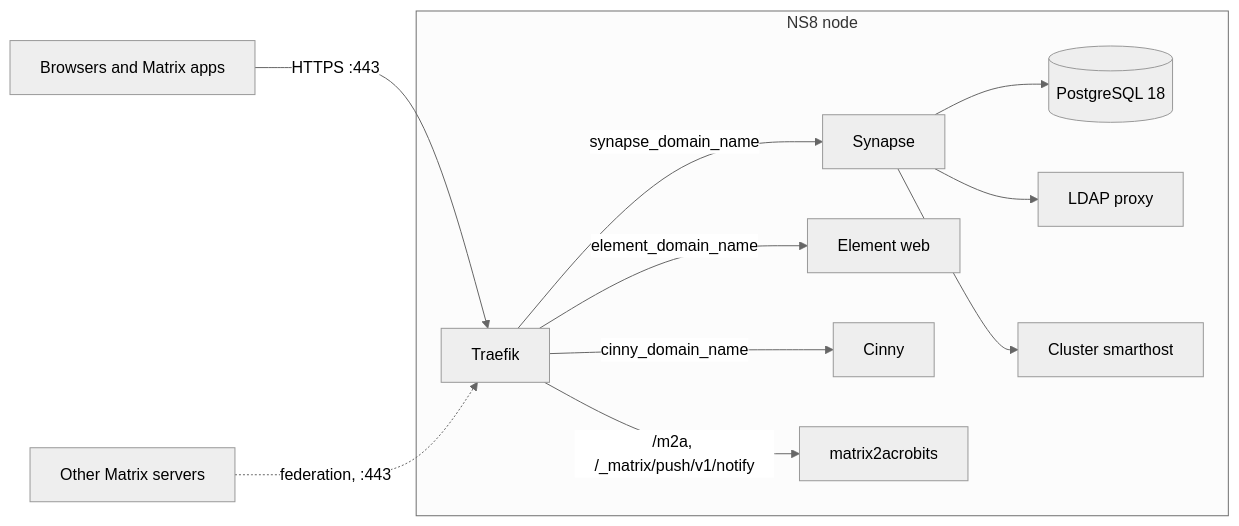
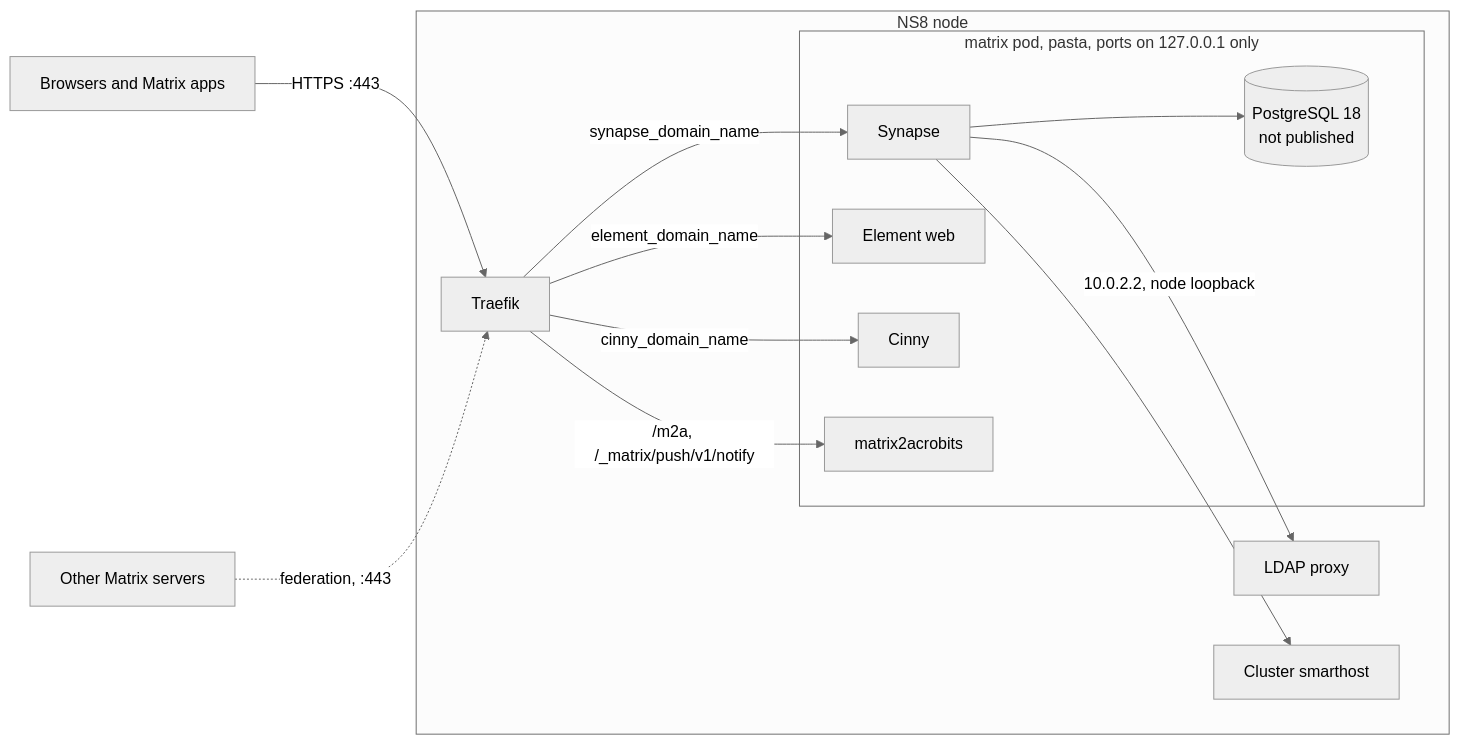
The diagram in README.md (NethServer/ns8-matrix), drawn with Mermaid (neutral theme) before and after one commit. The commit also changed other lines of this file and 19 other files, not shown here.

First line of the commit message:
feat: run the containers in a pasta pod (#128)

````diff
--- a/README.md
+++ b/README.md
@@ -11,14 +11,21 @@
 ```mermaid
 flowchart LR
     U[Browsers and Matrix apps] -- "HTTPS :443" --> T["Traefik"]
     F[Other Matrix servers] -. "federation, :443" .-> T
     subgraph NS8["NS8 node"]
-        T -- "synapse_domain_name" --> S[Synapse]
-        T -- "element_domain_name" --> E[Element web]
-        T -- "cinny_domain_name" --> C[Cinny]
-        T -- "/m2a, /_matrix/push/v1/notify" --> M[matrix2acrobits]
-        S --> P[(PostgreSQL 18)]
-        S --> L[LDAP proxy]
+        T -- "synapse_domain_name" --> S
+        T -- "element_domain_name" --> E
+        T -- "cinny_domain_name" --> C
+        T -- "/m2a, /_matrix/push/v1/notify" --> M
+        subgraph POD["matrix pod, pasta, ports on 127.0.0.1 only"]
+            S[Synapse]
+            E[Element web]
+            C[Cinny]
+            M[matrix2acrobits]
+            P[(PostgreSQL 18<br/>not published)]
+            S --> P
+        end
+        S -- "10.0.2.2, node loopback" --> L[LDAP proxy]
         S --> SM[Cluster smarthost]
     end
 ```
````
